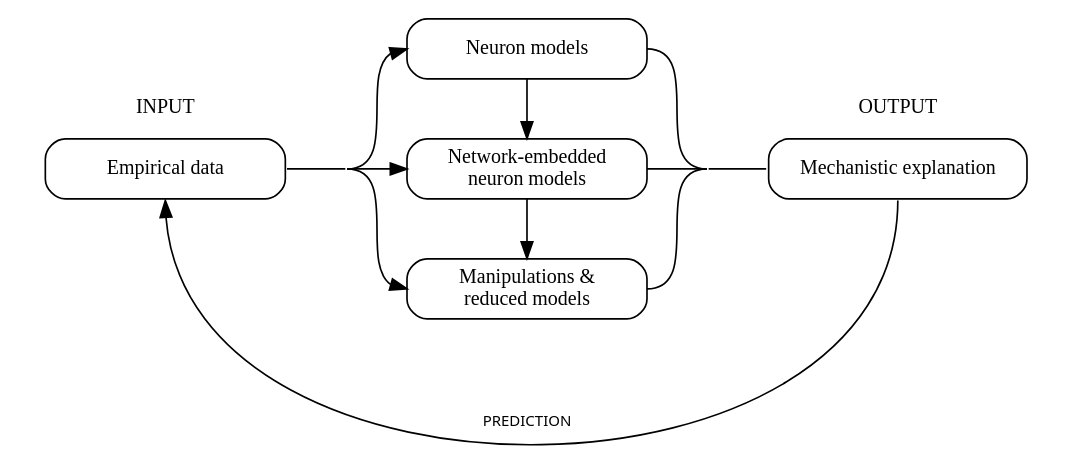
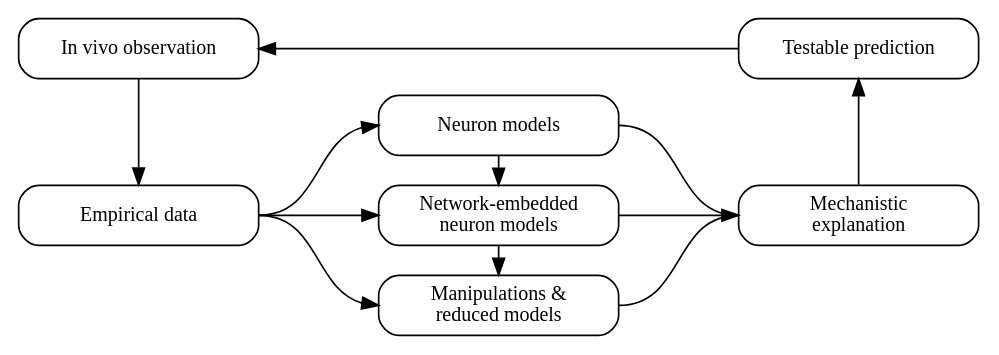
The diagram in docs/isf_overview.rst (mpinb/in_silico_framework), drawn with Graphviz before and after one commit. The commit also changed other lines of this file, not shown here.

Commit message:
update graph overview of ISF on landing page

```diff
--- a/docs/isf_overview.rst
+++ b/docs/isf_overview.rst
@@ -1,79 +7,79 @@
 .. graphviz::
    :alt: High-level ISF overview
    :align: center
 
     digraph "sphinx-ext-graphviz" {
-      compound=true
-      rankdir="LR"
-      concentrate=true
-      ranksep=1
-      graph [fontname="Verdana", fontsize="12"]
-      node [fontname="Verdana", fontsize="12", shape=box]
-      edge [fontname="Sans", fontsize="9"]
+        rankdir="LR"
+        ranksep=1
+        concentrate=true
+        graph [fontname="Verdana", fontsize="12"]
+        node [fontname="Verdana", fontsize="12", shape=box]
 
+        obs [
+            label="In vivo observation"
+            style=rounded
+            color="var(--md-accent-fg-color, red)"
+            width=2
+        ]
+        pred [
+            label="Testable prediction"
+            style=rounded
+            color="var(--md-accent-fg-color, red)"
+            width=2
+        ]
         input [
             label="Empirical data"
             style=rounded
             color="var(--md-default-fg-color--light, grey)"
             width=2
-            ]
+        ]
         neuron [
             label="Neuron models"
             href="tutorials.html#neuron-models"
             style=rounded
             color="var(--md-default-fg-color--light, grey)"
             width=2
-            ]
+        ]
         msm [
             label="Network-embedded\n neuron models"
             href="tutorials.html#network-embedded-neuron-models"
             style=rounded
             color="var(--md-default-fg-color--light, grey)"
             width=2
-            ]
+        ]
         analysis [
             label="Manipulations &\nreduced models"
             href="tutorials.html#manipulations-reduced-models"
             style=rounded
             color="var(--md-default-fg-color--light, grey)"
             width=2
-            ]
-        output [
-            label="Mechanistic explanation"
+        ]
+        expl [
+            label="Mechanistic\nexplanation"
             style=rounded
             color="var(--md-default-fg-color--light, grey)"
-            wdith=2
-            ]
+            width=2
+        ]
 
-        subgraph cluster_input {
-            color=None
-            label="INPUT"
-            input
-        }
         
-        subgraph cluster_output {
-            color=None
-            label="OUTPUT"
-            output
-        }
-
-        {
-            rank=same
-            neuron -> msm -> analysis [constraint=false]
-        }
-
+        { rank=max; pred }
+        { rank=min; obs }
+        
         input -> neuron     [tailport=e, headport=w]
         input -> msm        [tailport=e, headport=w]
         input -> analysis   [tailport=e, headport=w]
-        neuron -> output    [headport=w, tailport=e, arrowhead=none]
-        msm -> output       [headport=w, tailport=e]
-        analysis -> output  [headport=w, tailport=e, arrowhead=none]
-        output -> input [
-            headport=s
-            tailport=s
-            constraint=false
+        neuron -> expl    [headport=w, tailport=e, arrowhead=none]
+        msm -> expl       [headport=w, tailport=e]
+        analysis -> expl  [headport=w, tailport=e, arrowhead=none]
+
+        neuron -> msm -> analysis [constraint=false]
+
+        obs -> input [constraint=false]
+        expl -> pred [constraint=false]
+            obs -> pred  [
             color="var(--md-accent-fg-color, red)"
             fontcolor="var(--md-accent-fg-color, red)"
-            label=PREDICTION
-            ]
-        }
+            dir=back
+        ]
+
+    }
```
